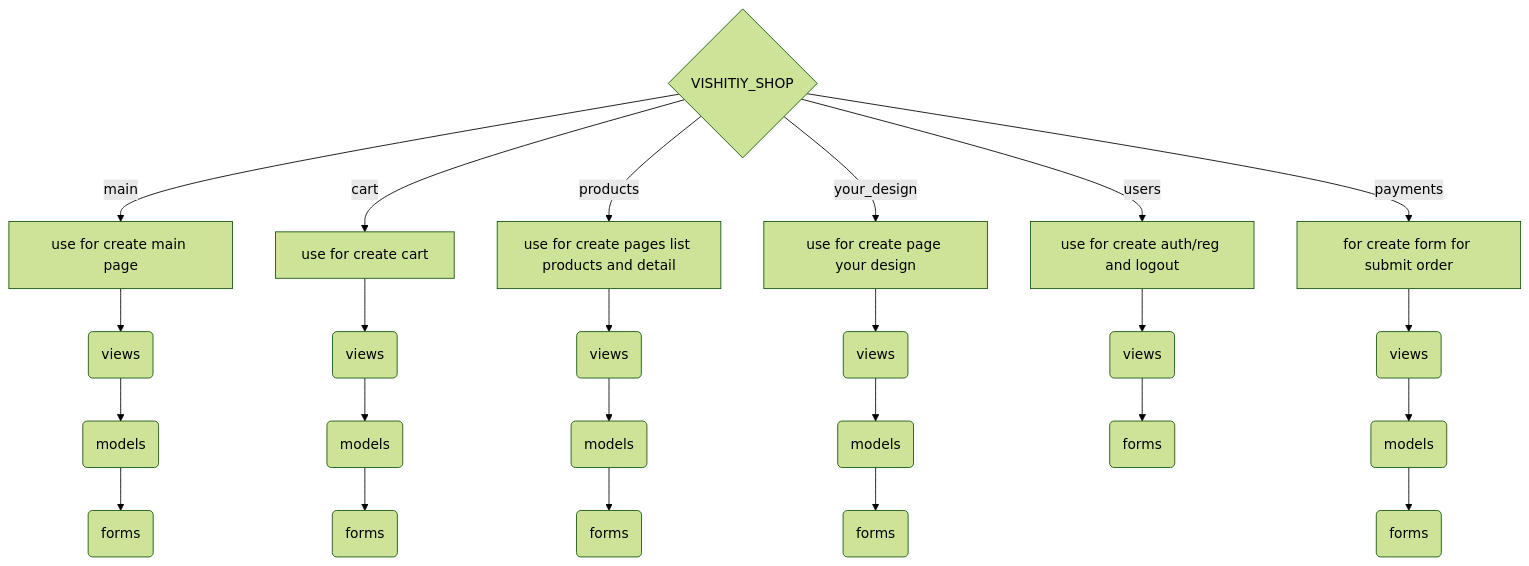
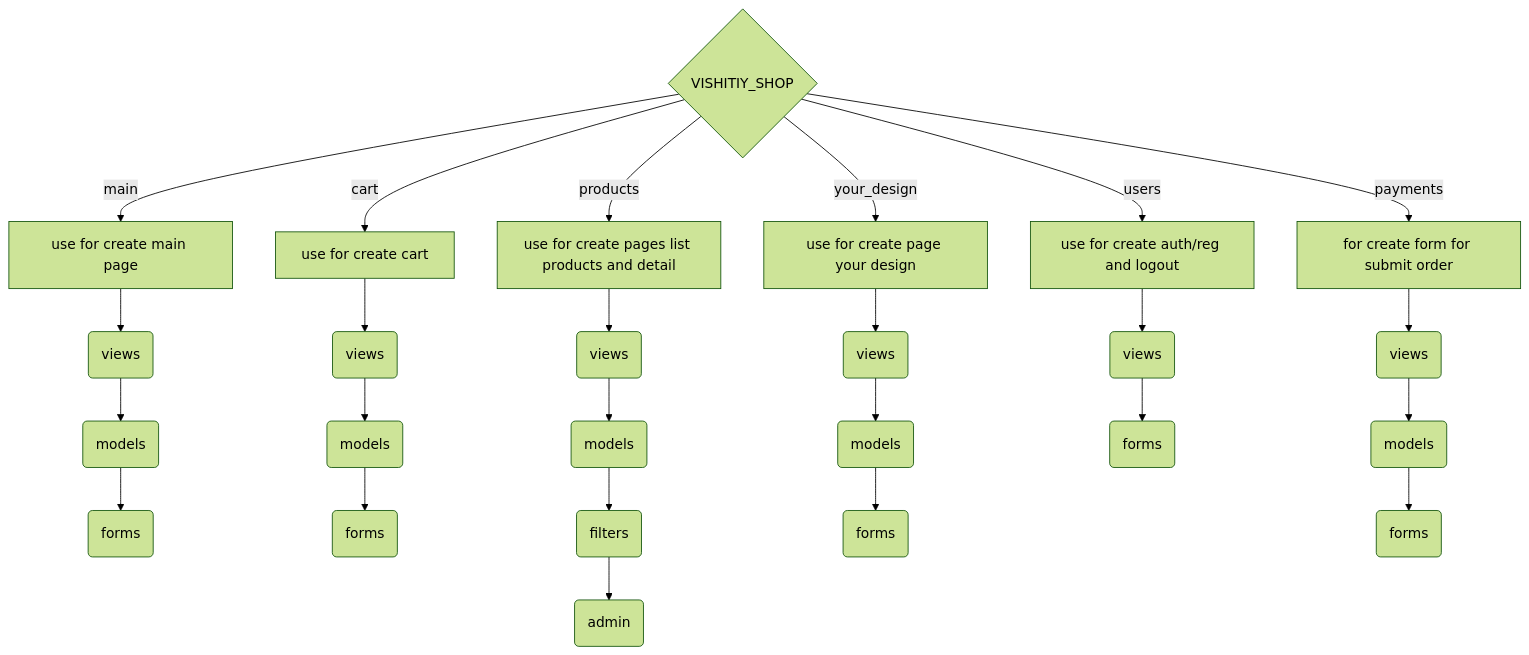
One commit to danilgubarev/vishitiy_shop changed the diagram in README.md. Above: the diagram before and after it, drawn with Mermaid (forest theme). The commit also changed other lines of this file, not shown here.

````diff
--- a/README.md
+++ b/README.md
@@ -48,13 +48,13 @@
 ```mermaid
 graph TD
 
   C{VISHITIY_SHOP}
   C -->|main| A[use for create main page] --> 1(views) --> 2(models) --> 3(forms)
   C -->|cart| B[use for create cart] --> 4(views) --> 5(models) --> 6(forms)
-  C -->|products| M[use for create pages list products and detail] --> 7(views) --> 8(models) --> 9(forms)
+  C -->|products| M[use for create pages list products and detail] --> 7(views) --> 8(models) --> 9(filters) --> l(admin)
   C -->|your_design| D[use for create page your design] --> 0(views) --> q(models) --> w(forms)
   C -->|users| E[use for create auth/reg and logout] --> e(views) --> t(forms)
   C -->|payments| F[ for create form for submit order] --> z(views) --> x(models) --> c(forms)
 
 
 ```
````
